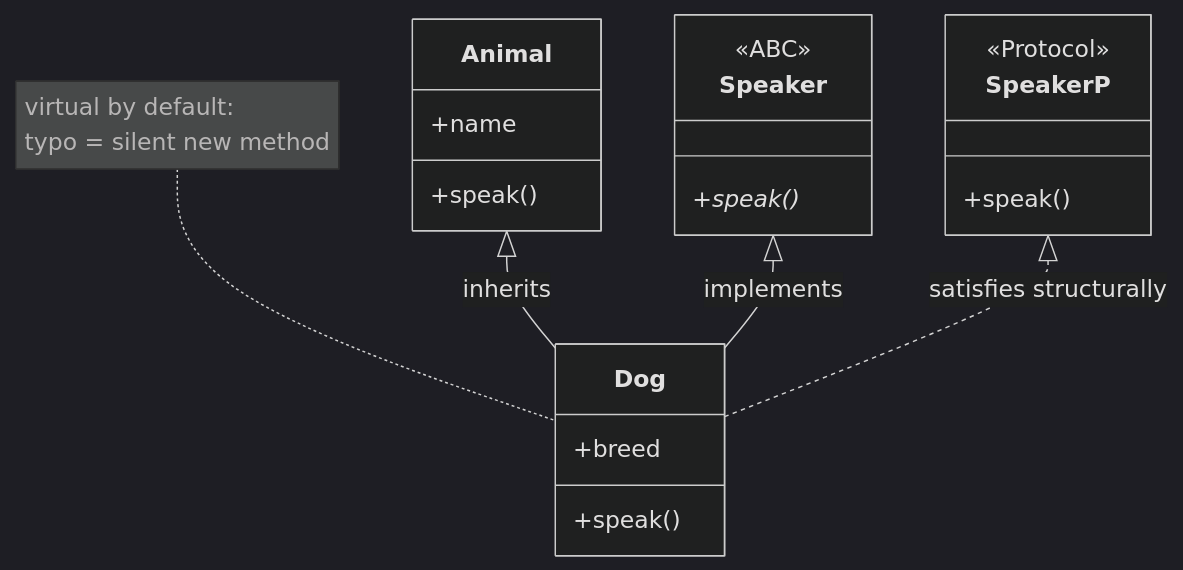
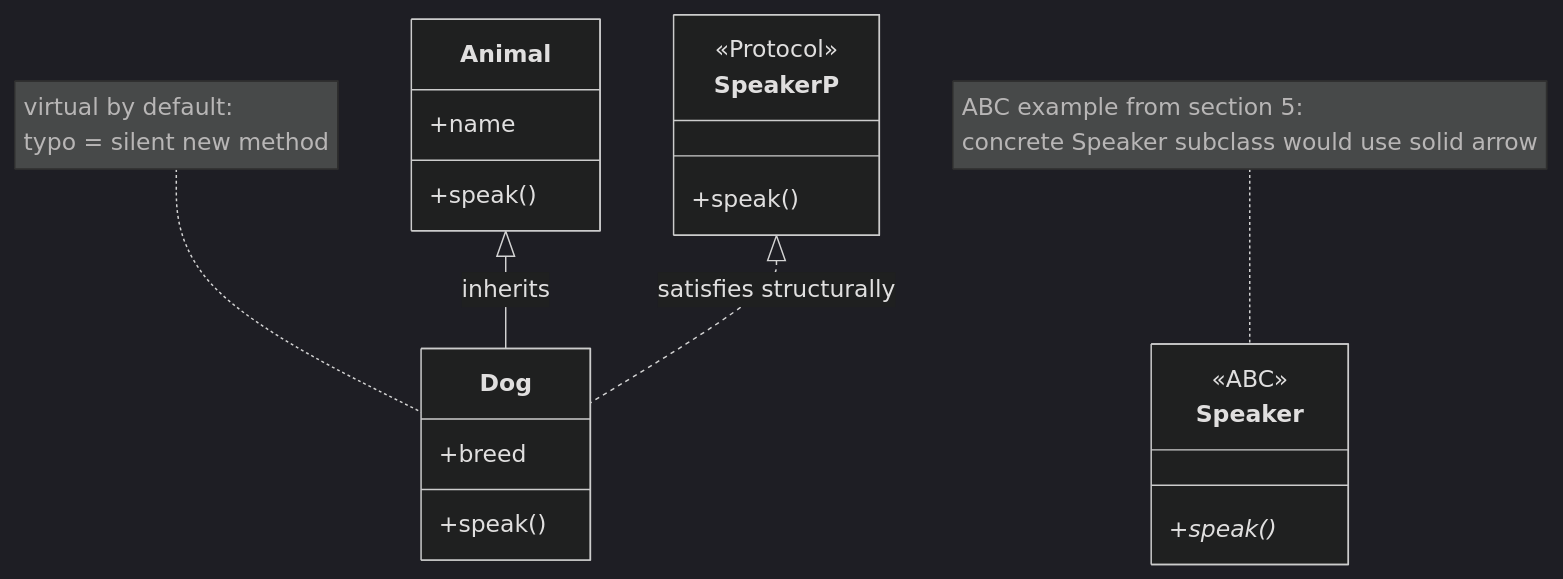
Before and after one commit to AslamNazeerShaikh/Python-Material: the first of 2 diagrams in docs/learning/04-classes-oop.md, drawn with Mermaid (dark theme). The commit also changed 3 other files, not shown here.

Commit message:
docs(learning): fix diagram accuracy defects

````diff
--- a/docs/learning/04-classes-oop.md
+++ b/docs/learning/04-classes-oop.md
@@ -528,23 +528,23 @@
 ```mermaid
 classDiagram
     class Animal {
         +name
         +speak()
     }
     class Dog {
         +breed
         +speak()
     }
     class Speaker {
         <<ABC>>
         +speak()*
     }
     class SpeakerP {
         <<Protocol>>
         +speak()
     }
     Animal <|-- Dog : inherits
-    Speaker <|-- Dog : implements
     SpeakerP <|.. Dog : satisfies structurally
     note for Dog "virtual by default:<br/>typo = silent new method"
+    note for Speaker "ABC example from section 5:<br/>concrete Speaker subclass would use solid arrow"
 ```
````
